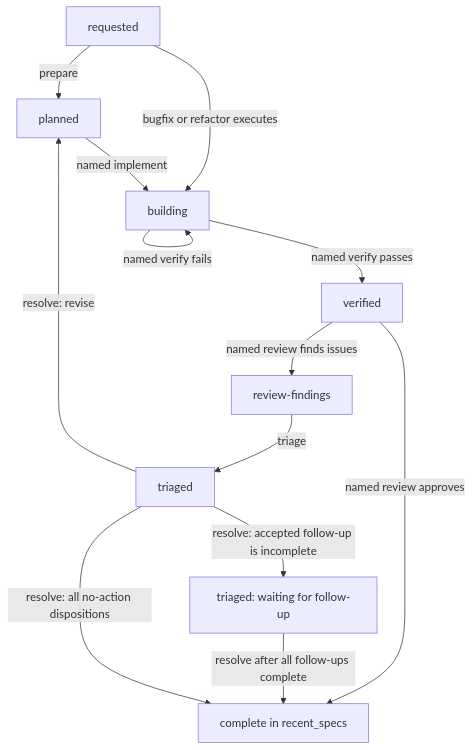
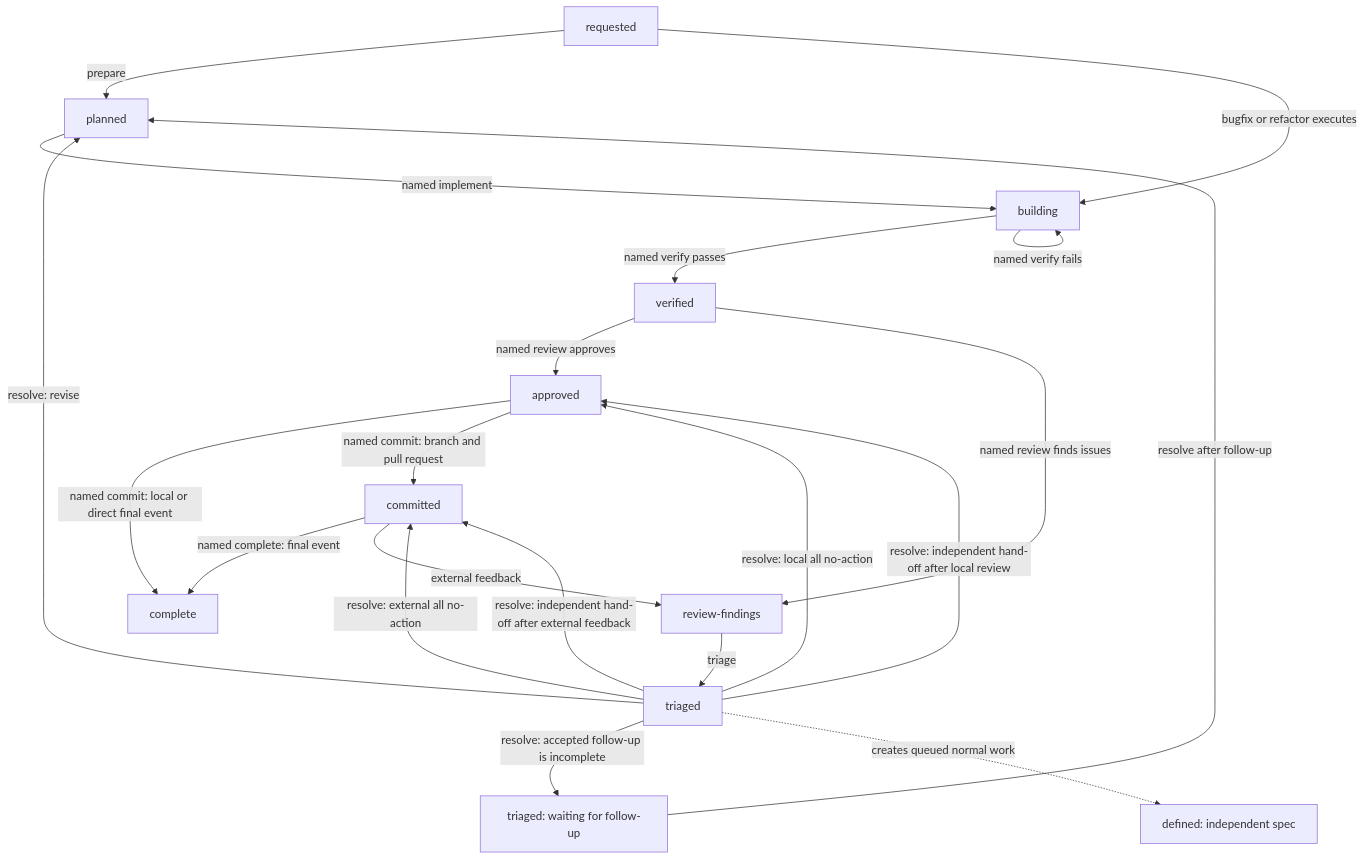
The second of 3 diagrams in LIFECYCLE.md (deeprave/specle), drawn with Mermaid before and after one commit. The commit also changed other lines of this file and 44 other files, not shown here.

````diff
--- a/LIFECYCLE.md
+++ b/LIFECYCLE.md
@@ -91,15 +103,23 @@
 ```mermaid
 flowchart TB
   requested -->|prepare| planned
   requested -->|bugfix or refactor executes| building
   planned -->|named implement| building
   building -->|named verify passes| verified
   building -->|named verify fails| building
-  verified -->|named review approves| complete[complete in recent_specs]
+  verified -->|named review approves| approved
+  approved -->|named commit: local or direct final event| complete[complete]
+  approved -->|named commit: branch and pull request| committed
+  committed -->|named complete: final event| complete
+  committed -->|external feedback| review_findings
   verified -->|named review finds issues| review_findings[review-findings]
   review_findings -->|triage| triaged
   triaged -->|resolve: revise| planned
   triaged -->|resolve: accepted follow-up is incomplete| waiting[triaged: waiting for follow-up]
-  waiting -->|resolve after all follow-ups complete| complete
-  triaged -->|resolve: all no-action dispositions| complete
+  waiting -->|resolve after follow-up| planned
+  triaged -->|resolve: local all no-action| approved
+  triaged -->|resolve: external all no-action| committed
+  triaged -->|resolve: independent hand-off after local review| approved
+  triaged -->|resolve: independent hand-off after external feedback| committed
+  triaged -.->|creates queued normal work| queued_defined[defined: independent spec]
 ```
````
